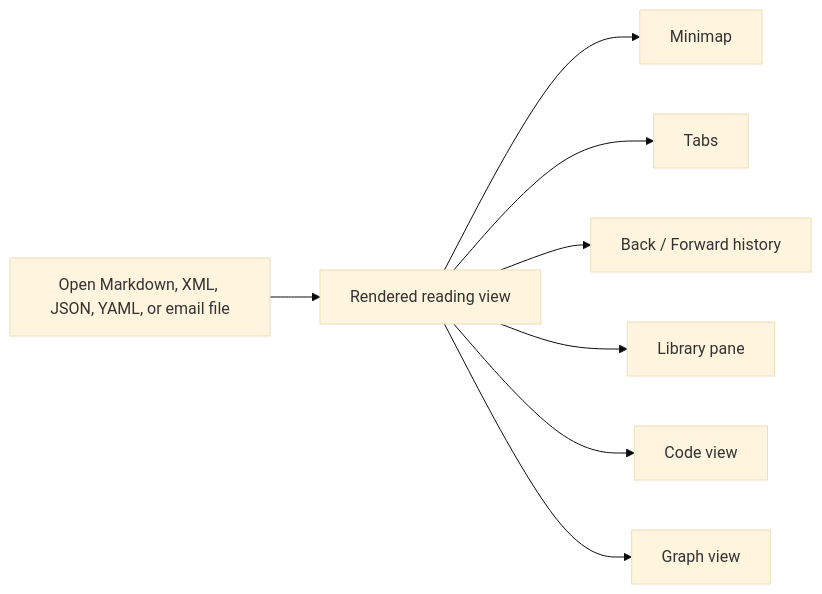
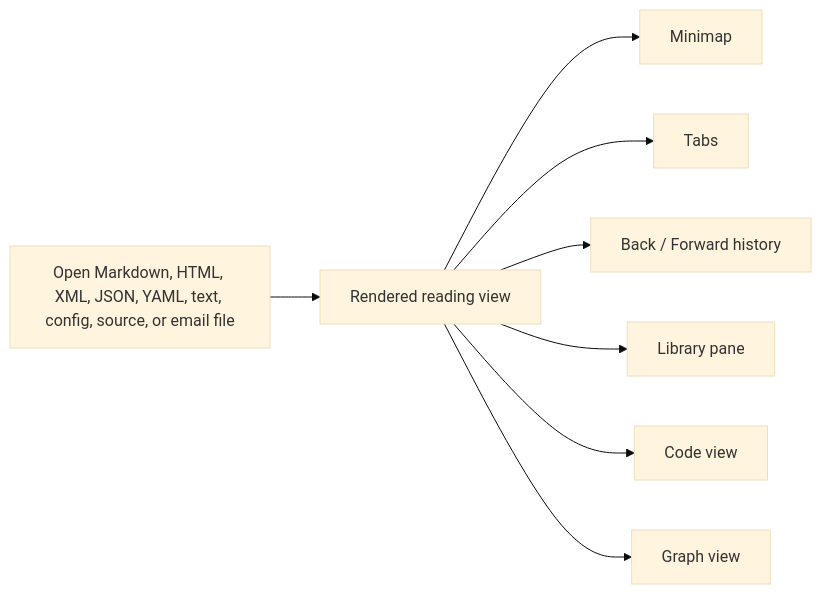
Before and after one commit to ryanallen/leaftext: the diagram in docs/01-introduction.md, drawn with Mermaid (base theme). The commit also changed other lines of this file and 24 other files, not shown here.

Commit message:
Release v1.51.0: Plain text INI and source files open and the diagram sheet keeps its shape grid

````diff
--- a/docs/01-introduction.md
+++ b/docs/01-introduction.md
@@ -72,10 +72,10 @@
 ```mermaid
 flowchart LR
-    A[Open Markdown, XML, JSON, YAML, or email file] --> B[Rendered reading view]
+    A[Open Markdown, HTML, XML, JSON, YAML, text, config, source, or email file] --> B[Rendered reading view]
     B --> C[Minimap]
     B --> D[Tabs]
     B --> E[Back / Forward history]
     B --> F[Library pane]
     B --> G[Code view]
     B --> H[Graph view]
 ```
````
